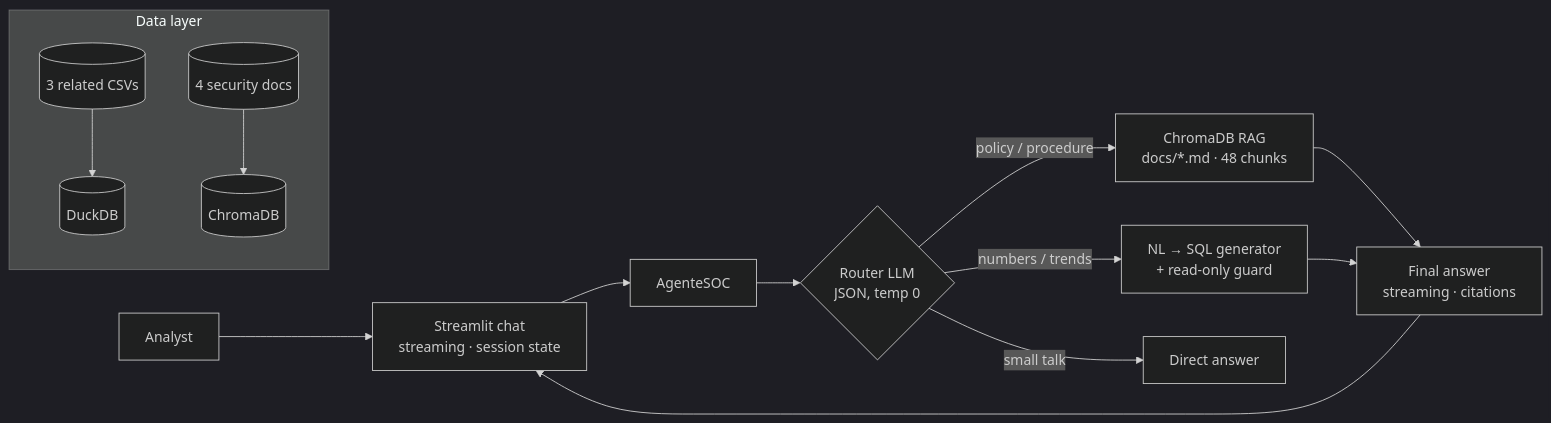
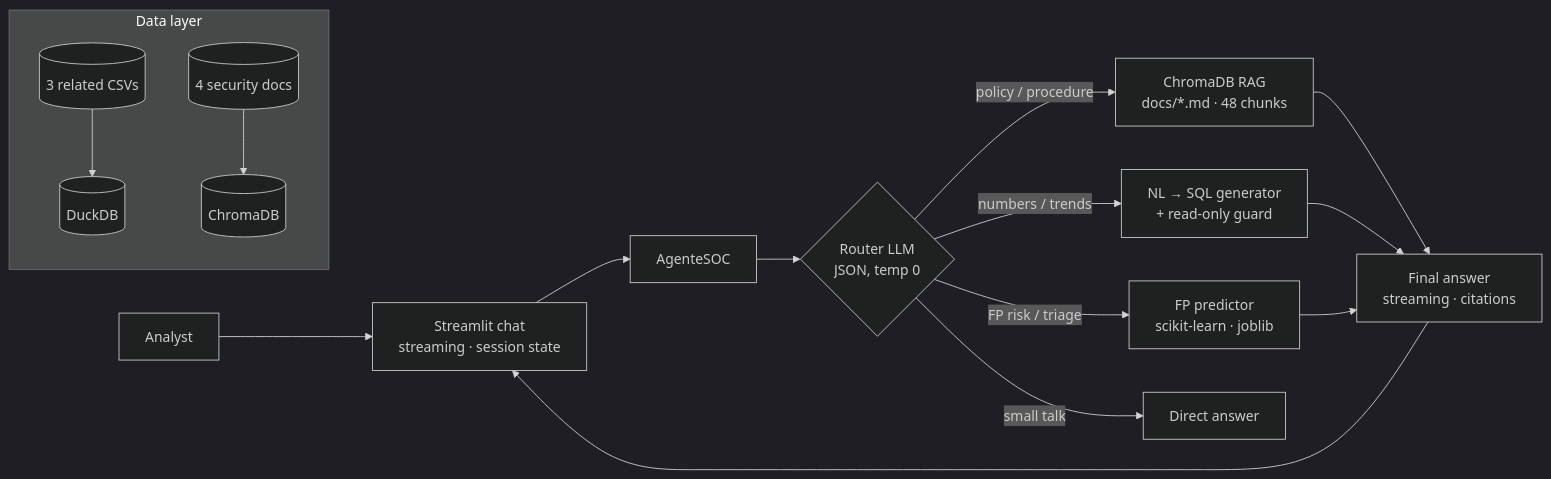
One commit to oness24/sentinelasoc changed the diagram in README.md. Above: the diagram before and after it, drawn with Mermaid (dark theme). The commit also changed other lines of this file and 14 other files, not shown here.

````diff
--- a/README.md
+++ b/README.md
@@ -42,16 +43,18 @@
 ```mermaid
 flowchart LR
     U[Analyst] --> UI[Streamlit chat\nstreaming · session state]
     UI --> AG[AgenteSOC]
     AG --> RT{Router LLM\nJSON, temp 0}
     RT -->|policy / procedure| RAG[ChromaDB RAG\ndocs/*.md · 48 chunks]
     RT -->|numbers / trends| SQL[NL → SQL generator\n+ read-only guard]
+    RT -->|FP risk / triage| ML[FP predictor\nscikit-learn · joblib]
     RT -->|small talk| D[Direct answer]
     RAG --> FIN[Final answer\nstreaming · citations]
     SQL --> FIN
+    ML --> FIN
     FIN --> UI
     subgraph Data layer
       CSV[(3 related CSVs)] --> DUCK[(DuckDB)]
       DOCS[(4 security docs)] --> CH[(ChromaDB)]
     end
 ```
````
